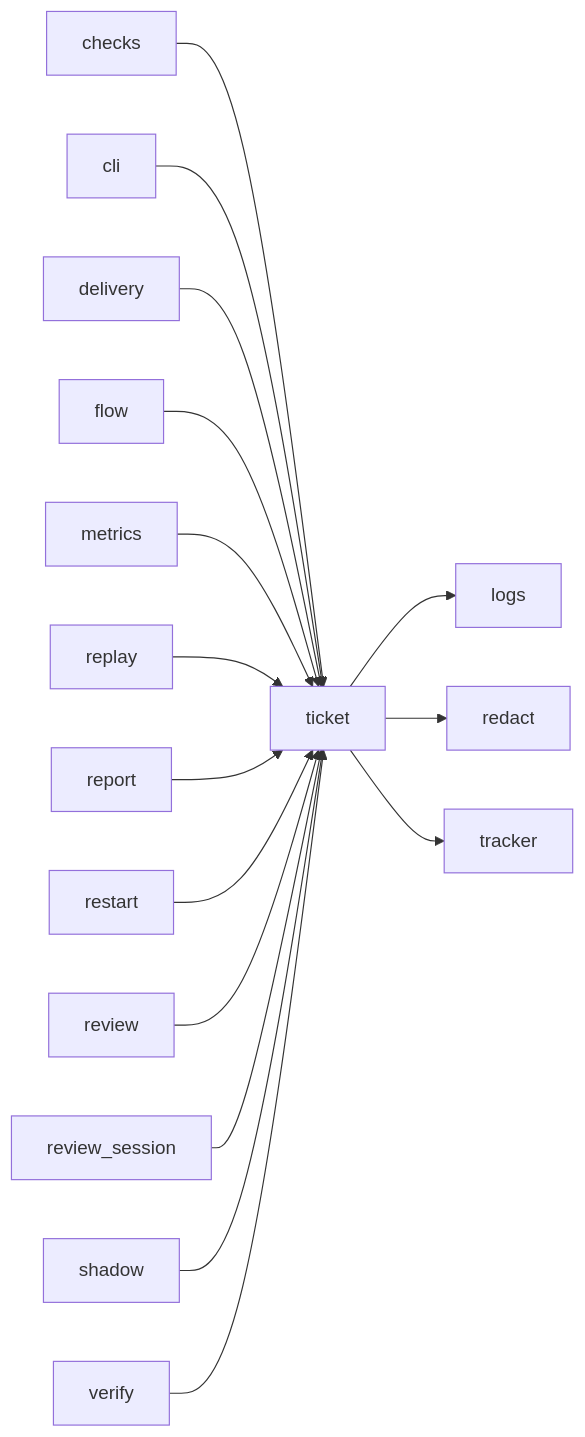
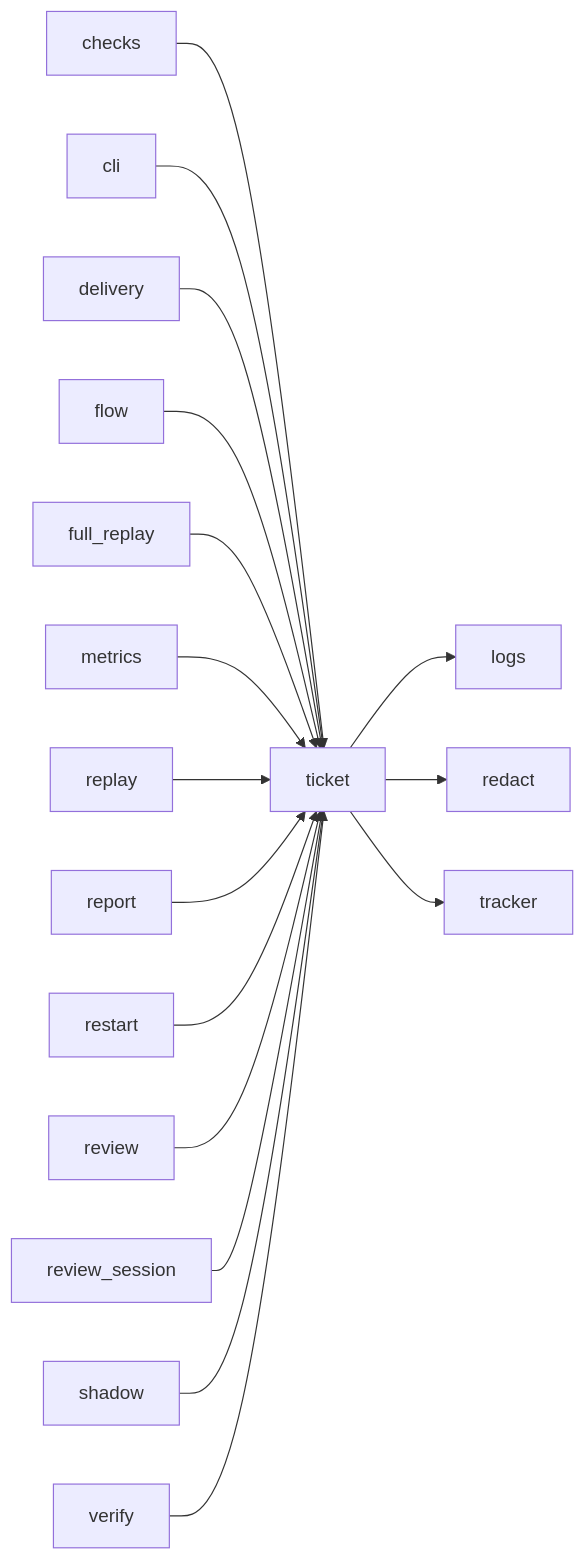
The third of 3 diagrams in docs/architecture/modules/ticket.md (plaplanche/ariane), drawn with Mermaid before and after one commit. The commit also changed 41 other files, not shown here.

Commit message:
#186: Sampled full replay, escapes and escape rate in ariane report (C9, C19)

````diff
--- a/docs/architecture/modules/ticket.md
+++ b/docs/architecture/modules/ticket.md
@@ -95,18 +95,19 @@
 ```mermaid
 flowchart LR
   checks --> ticket
   cli --> ticket
   delivery --> ticket
   flow --> ticket
+  full_replay --> ticket
   metrics --> ticket
   replay --> ticket
   report --> ticket
   restart --> ticket
   review --> ticket
   review_session --> ticket
   shadow --> ticket
   ticket --> logs
   ticket --> redact
   ticket --> tracker
   verify --> ticket
 ```
````
